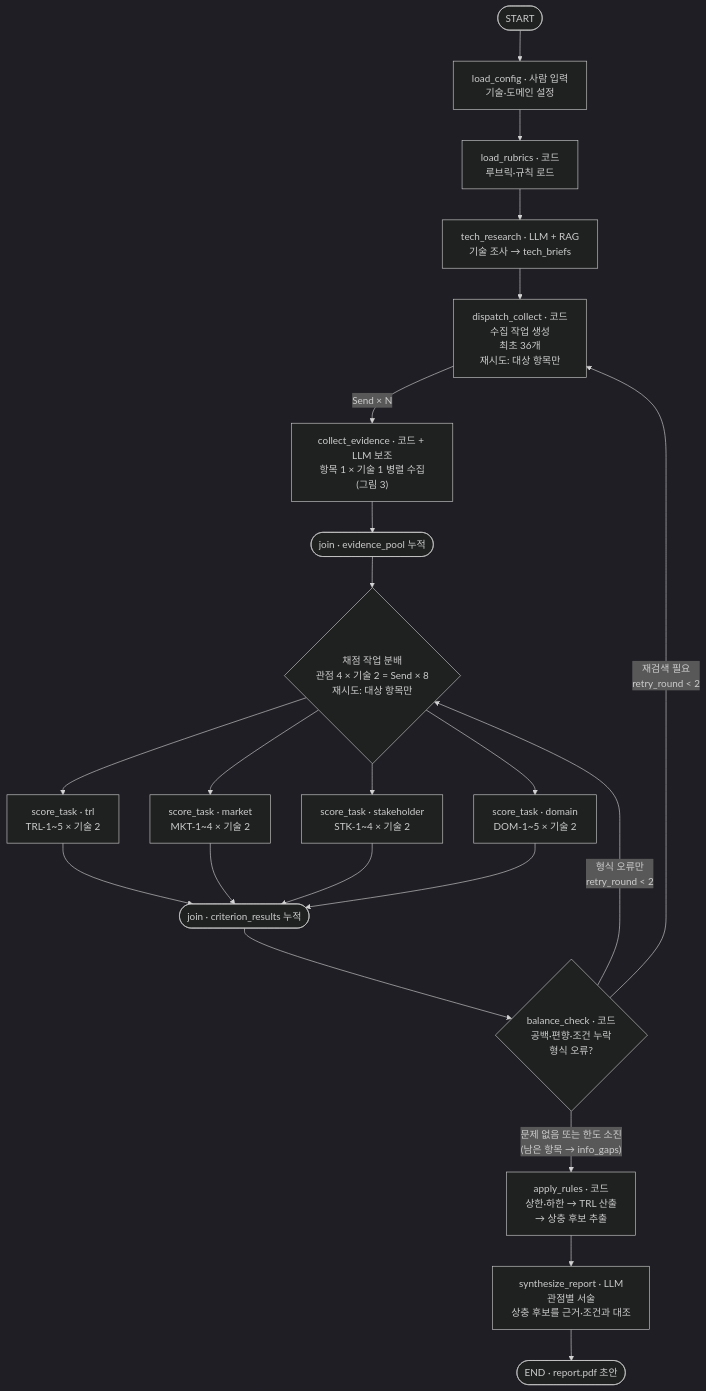
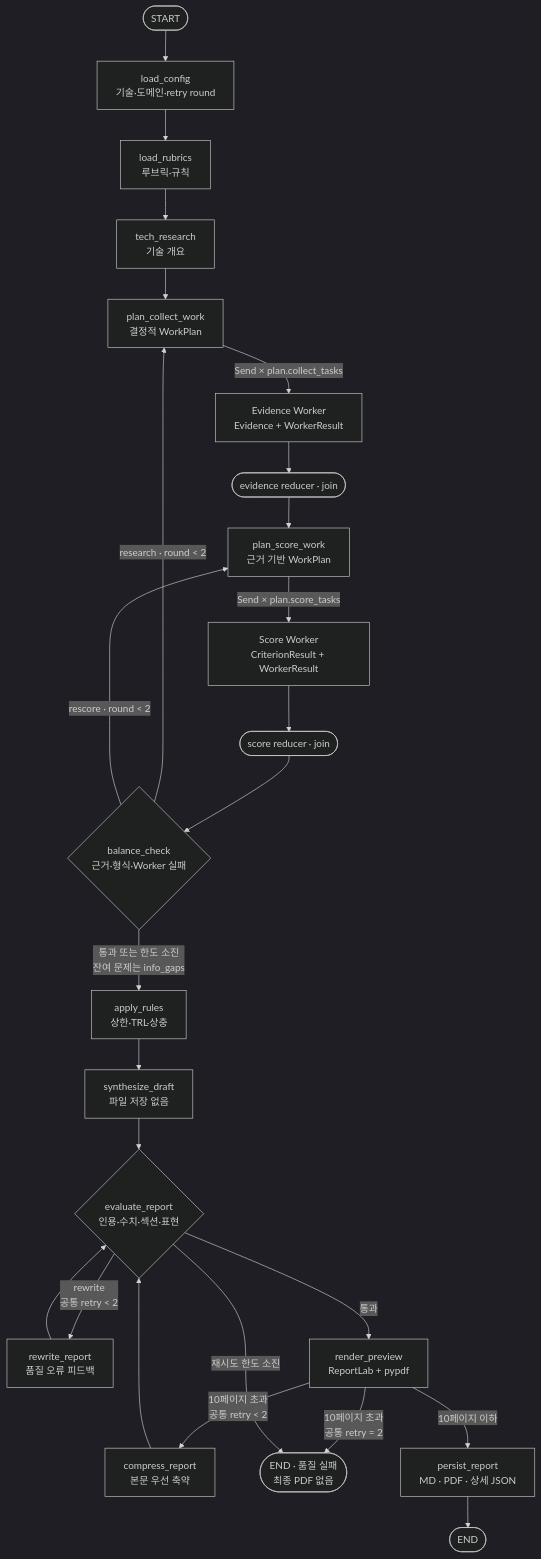
The diagram in docs/main_graph.mmd (seunghye3760-afk/skala-rag-design-course), drawn with Mermaid (dark theme) before and after one commit. The commit also changed 10 other files, not shown here.

```diff
--- a/docs/main_graph.mmd
+++ b/docs/main_graph.mmd
@@ -1,16 +1,29 @@
 flowchart TD
-    START([START]) --> CFG["load_config · 사람 입력<br/>기술·도메인 설정"]
-    CFG --> RUB["load_rubrics · 코드<br/>루브릭·규칙 로드"]
-    RUB --> RES["tech_research · LLM + RAG<br/>기술 조사 → tech_briefs"]
-    RES --> DC["dispatch_collect · 코드<br/>수집 작업 생성<br/>최초 36개<br/>재시도: 대상 항목만"]
-    DC -->|"Send × N"| COL["collect_evidence · 코드 + LLM 보조<br/>항목 1 × 기술 1 병렬 수집<br/>(그림 3)"]
-    COL --> EJ(["join · evidence_pool 누적"])
-    EJ --> FAN{"채점 작업 분배<br/>관점 4 × 기술 2 = Send × 8<br/>재시도: 대상 항목만"}
-    FAN --> S1["score_task · trl<br/>TRL-1~5 × 기술 2"] & S2["score_task · market<br/>MKT-1~4 × 기술 2"] & S3["score_task · stakeholder<br/>STK-1~4 × 기술 2"] & S4["score_task · domain<br/>DOM-1~5 × 기술 2"]
-    S1 & S2 & S3 & S4 --> SJ(["join · criterion_results 누적"])
-    SJ --> BAL{"balance_check · 코드<br/>공백·편향·조건 누락<br/>형식 오류?"}
-    BAL -->|"재검색 필요<br/>retry_round < 2"| DC
-    BAL -->|"형식 오류만<br/>retry_round < 2"| FAN
-    BAL -->|"문제 없음 또는 한도 소진<br/>(남은 항목 → info_gaps)"| RULE["apply_rules · 코드<br/>상한·하한 → TRL 산출<br/>→ 상충 후보 추출"]
-    RULE --> SYN["synthesize_report · LLM<br/>관점별 서술<br/>상충 후보를 근거·조건과 대조"]
-    SYN --> END([END · report.pdf 초안])
+    START([START]) --> CFG["load_config<br/>기술·도메인·retry round"]
+    CFG --> RUB["load_rubrics<br/>루브릭·규칙"]
+    RUB --> RES["tech_research<br/>기술 개요"]
+
+    RES --> PC["plan_collect_work<br/>결정적 WorkPlan"]
+    PC -->|"Send × plan.collect_tasks"| EW["Evidence Worker<br/>Evidence + WorkerResult"]
+    EW --> EJ(["evidence reducer · join"])
+
+    EJ --> PS["plan_score_work<br/>근거 기반 WorkPlan"]
+    PS -->|"Send × plan.score_tasks"| SW["Score Worker<br/>CriterionResult + WorkerResult"]
+    SW --> SJ(["score reducer · join"])
+
+    SJ --> BAL{"balance_check<br/>근거·형식·Worker 실패"}
+    BAL -->|"research · round < 2"| PC
+    BAL -->|"rescore · round < 2"| PS
+    BAL -->|"통과 또는 한도 소진<br/>잔여 문제는 info_gaps"| RULE["apply_rules<br/>상한·TRL·상충"]
+
+    RULE --> SYN["synthesize_draft<br/>파일 저장 없음"]
+    SYN --> QUAL{"evaluate_report<br/>인용·수치·섹션·표현"}
+    QUAL -->|"rewrite<br/>공통 retry < 2"| REWRITE["rewrite_report<br/>품질 오류 피드백"]
+    REWRITE --> QUAL
+    QUAL -->|"통과"| PREVIEW["render_preview<br/>ReportLab + pypdf"]
+    PREVIEW -->|"10페이지 초과<br/>공통 retry < 2"| COMPRESS["compress_report<br/>본문 우선 축약"]
+    PREVIEW -->|"10페이지 초과<br/>공통 retry = 2"| FAIL
+    COMPRESS --> QUAL
+    QUAL -->|"재시도 한도 소진"| FAIL(["END · 품질 실패<br/>최종 PDF 없음"])
+    PREVIEW -->|"10페이지 이하"| SAVE["persist_report<br/>MD · PDF · 상세 JSON"]
+    SAVE --> END([END])
```
